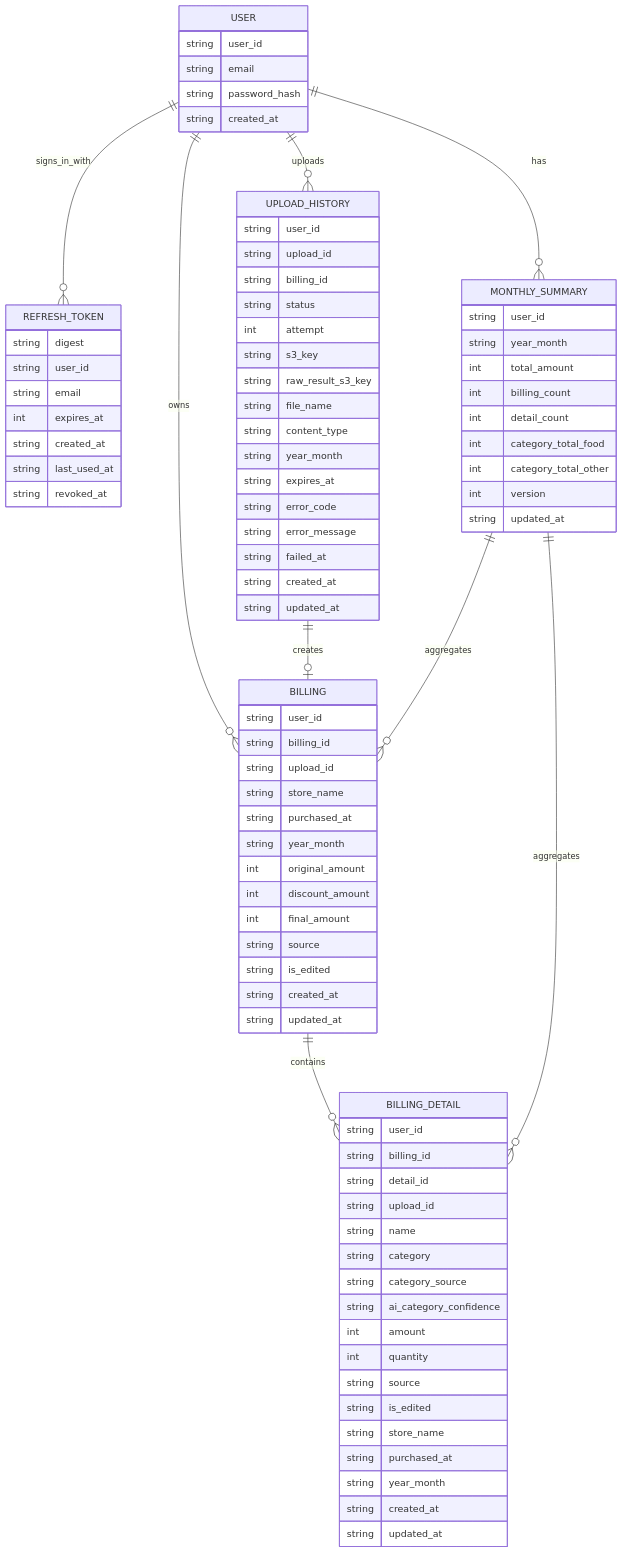
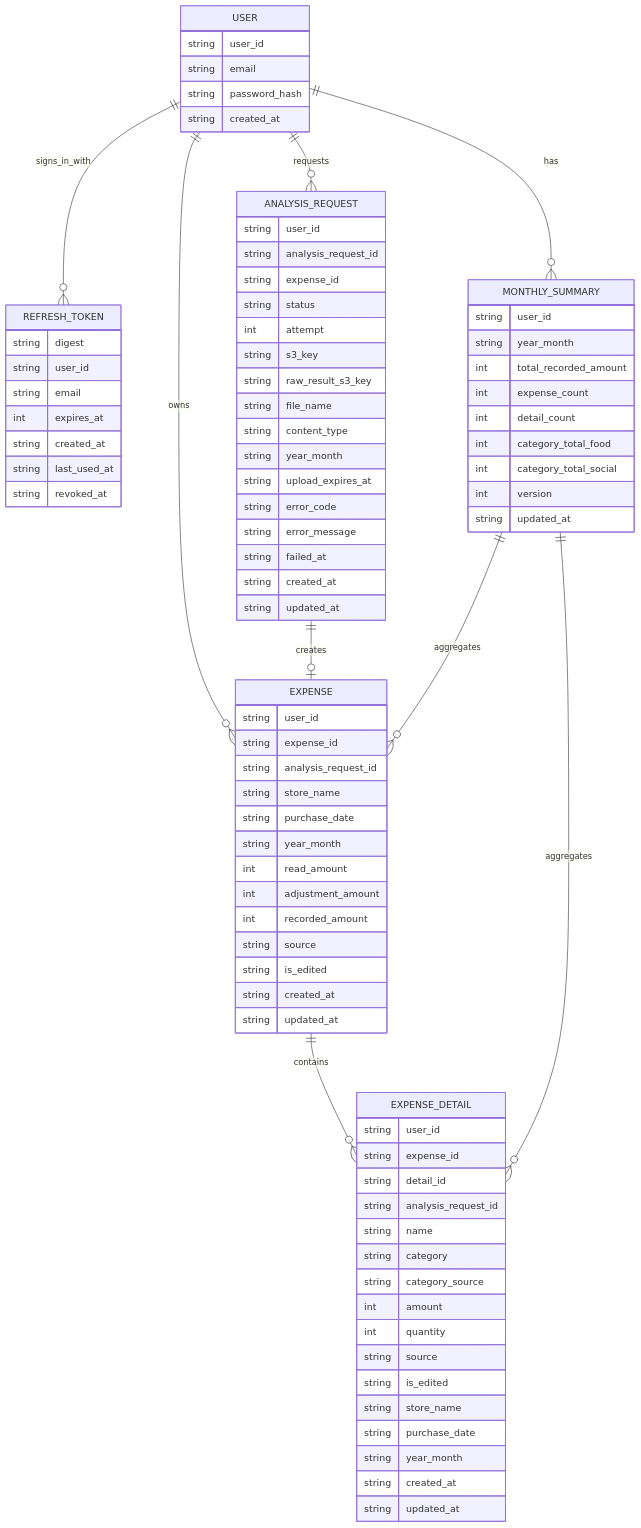
The diagram in docs/infra/database.md (shrimptails-f/snap_kakeibo), drawn with Mermaid before and after one commit. The commit also changed other lines of this file and 161 other files, not shown here.

```diff
--- a/docs/infra/database.md
+++ b/docs/infra/database.md
@@ -39,12 +39,12 @@
 erDiagram
   USER ||--o{ REFRESH_TOKEN : signs_in_with
   USER ||--o{ MONTHLY_SUMMARY : has
-  USER ||--o{ UPLOAD_HISTORY : uploads
-  USER ||--o{ BILLING : owns
-  UPLOAD_HISTORY ||--o| BILLING : creates
-  BILLING ||--o{ BILLING_DETAIL : contains
-  MONTHLY_SUMMARY ||--o{ BILLING : aggregates
-  MONTHLY_SUMMARY ||--o{ BILLING_DETAIL : aggregates
+  USER ||--o{ ANALYSIS_REQUEST : requests
+  USER ||--o{ EXPENSE : owns
+  ANALYSIS_REQUEST ||--o| EXPENSE : creates
+  EXPENSE ||--o{ EXPENSE_DETAIL : contains
+  MONTHLY_SUMMARY ||--o{ EXPENSE : aggregates
+  MONTHLY_SUMMARY ||--o{ EXPENSE_DETAIL : aggregates
 
   USER {
     string user_id
@@ -66,19 +66,19 @@
   MONTHLY_SUMMARY {
     string user_id
     string year_month
-    int total_amount
-    int billing_count
+    int total_recorded_amount
+    int expense_count
     int detail_count
     int category_total_food
-    int category_total_other
+    int category_total_social
     int version
     string updated_at
   }
 
-  UPLOAD_HISTORY {
+  ANALYSIS_REQUEST {
     string user_id
-    string upload_id
-    string billing_id
+    string analysis_request_id
+    string expense_id
     string status
     int attempt
     string s3_key
@@ -86,7 +86,7 @@
     string file_name
     string content_type
     string year_month
-    string expires_at
+    string upload_expires_at
     string error_code
     string error_message
     string failed_at
@@ -94,37 +94,36 @@
     string updated_at
   }
 
-  BILLING {
+  EXPENSE {
     string user_id
-    string billing_id
-    string upload_id
+    string expense_id
+    string analysis_request_id
     string store_name
-    string purchased_at
+    string purchase_date
     string year_month
-    int original_amount
-    int discount_amount
-    int final_amount
+    int read_amount
+    int adjustment_amount
+    int recorded_amount
     string source
     string is_edited
     string created_at
     string updated_at
   }
 
-  BILLING_DETAIL {
+  EXPENSE_DETAIL {
     string user_id
-    string billing_id
+    string expense_id
     string detail_id
-    string upload_id
+    string analysis_request_id
     string name
     string category
     string category_source
-    string ai_category_confidence
     int amount
     int quantity
     string source
     string is_edited
     string store_name
-    string purchased_at
+    string purchase_date
     string year_month
     string created_at
     string updated_at
```
